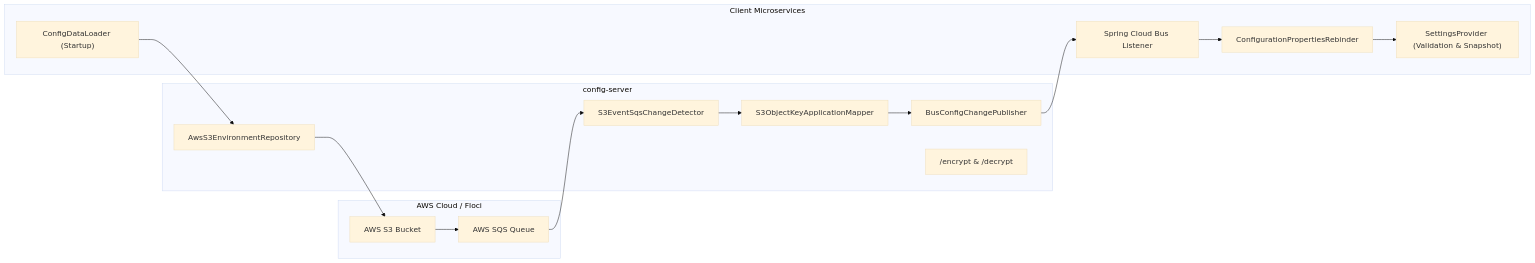
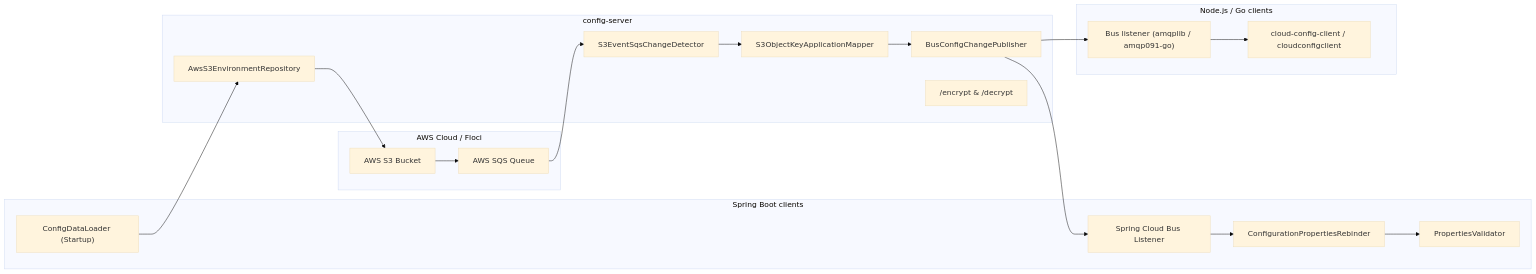
Before and after one commit to kirankumarhm/springboot-config-server-external-properties-demo: the second of 4 diagrams in version-c-s3/README.md, drawn with Mermaid (base theme). The commit also changed other lines of this file and 438 other files, not shown here.

````diff
--- a/version-c-s3/README.md
+++ b/version-c-s3/README.md
@@ -63,32 +78,38 @@
 ```mermaid
 graph LR
     subgraph AWS["AWS Cloud / Floci"]
         S3["AWS S3 Bucket"]
         SQS["AWS SQS Queue"]
     end
 
     subgraph ConfigServer["config-server"]
         S3Repo["AwsS3EnvironmentRepository"]
         SqsDetector["S3EventSqsChangeDetector"]
         AppMapper["S3ObjectKeyApplicationMapper"]
         Publisher["BusConfigChangePublisher"]
         EncController["/encrypt & /decrypt"]
     end
 
-    subgraph Clients["Client Microservices"]
+    subgraph Clients["Spring Boot clients"]
         ConfigDataLoader["ConfigDataLoader (Startup)"]
         Rebinder["ConfigurationPropertiesRebinder"]
-        Provider["SettingsProvider (Validation & Snapshot)"]
+        Provider["PropertiesValidator"]
         BusListener["Spring Cloud Bus Listener"]
+    end
+
+    subgraph Polyglot["Node.js / Go clients"]
+        Lib["cloud-config-client / cloudconfigclient"]
+        OwnBus["Bus listener (amqplib / amqp091-go)"]
     end
 
     S3 --> SQS
     SQS --> SqsDetector
     SqsDetector --> AppMapper
     AppMapper --> Publisher
+    Publisher --> OwnBus --> Lib
     Publisher --> BusListener
     BusListener --> Rebinder
     Rebinder --> Provider
     ConfigDataLoader --> S3Repo
     S3Repo --> S3
 ```
````
